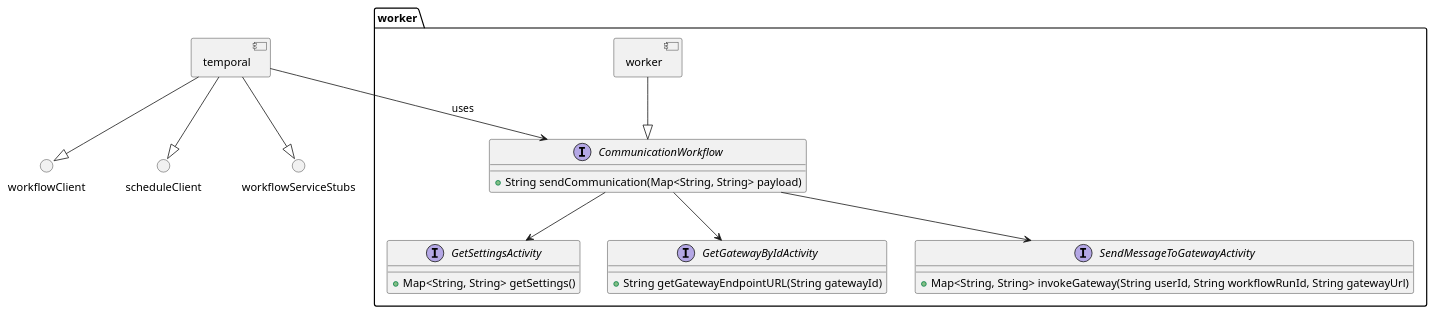
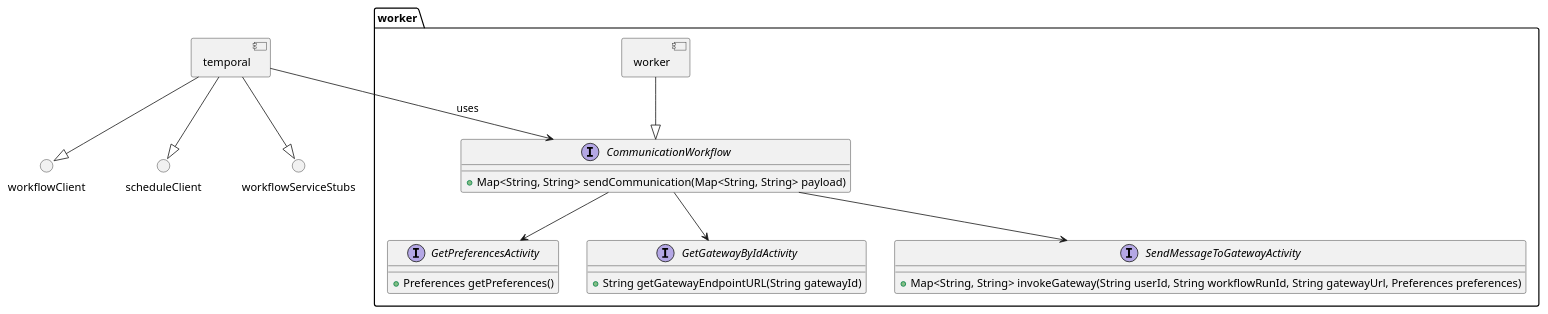
Before and after one commit to CameronWard301/communication_scheduler: the diagram in Designs/System Context/Components/WorkerInterfaces.puml, drawn with PlantUML. The commit also changed 40 other files, not shown here.

Commit message:
Updated diagrams and images

```diff
--- a/Designs/System Context/Components/WorkerInterfaces.puml
+++ b/Designs/System Context/Components/WorkerInterfaces.puml
@@ -1,47 +1,44 @@
 @startuml Component Interfaces
 
 component temporal {
 }
 
 () workflowClient
 () scheduleClient
 () workflowServiceStubs
 
 
 workflowServiceStubs <|-u- temporal
 workflowClient <|-u- temporal
 scheduleClient <|-u- temporal
 
 
 package "worker" as workerGroup {
     component worker{
     }
 
     interface CommunicationWorkflow {
-        + String sendCommunication(Map<String, String> payload)
-
+        + Map<String, String> sendCommunication(Map<String, String> payload)
     }
 
-    interface GetSettingsActivity {
-        + Map<String, String> getSettings()
-
+    interface GetPreferencesActivity {
+        + Preferences getPreferences()
     }
 
     interface GetGatewayByIdActivity {
         + String getGatewayEndpointURL(String gatewayId)
-
     }
 
     interface SendMessageToGatewayActivity {
-        + Map<String, String> invokeGateway(String userId, String workflowRunId, String gatewayUrl)
+        + Map<String, String> invokeGateway(String userId, String workflowRunId, String gatewayUrl, Preferences preferences)
     }
 
     worker --|> CommunicationWorkflow
-    CommunicationWorkflow --> GetSettingsActivity
+    CommunicationWorkflow --> GetPreferencesActivity
     CommunicationWorkflow --> SendMessageToGatewayActivity
     CommunicationWorkflow --> GetGatewayByIdActivity
 }
 
 temporal --> CommunicationWorkflow: uses
 
 @enduml
```
